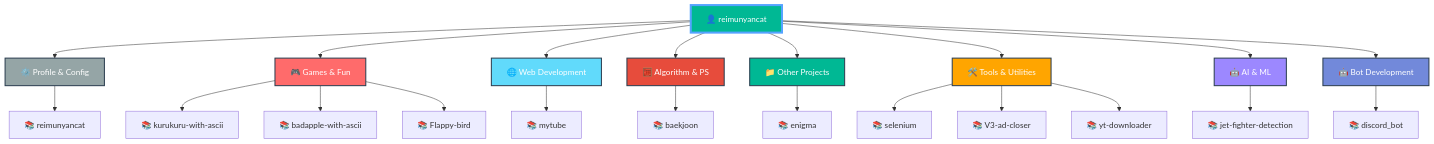
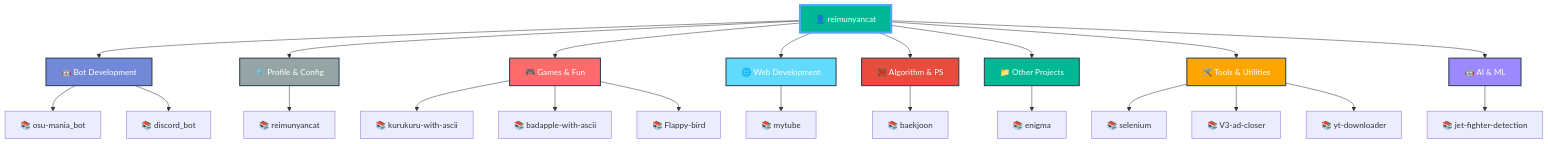
The diagram in README.md (reimunyancat/reimunyancat), drawn with Mermaid before and after one commit. The commit also changed other lines of this file, not shown here.

Commit message:
🤖 Auto-update README with latest repositories

````diff
--- a/README.md
+++ b/README.md
@@ -159,42 +159,43 @@
 ```mermaid
 graph TD
   A[👤 reimunyancat]
 
-  A --> CAT0[⚙️ Profile & Config]
-  CAT0 --> CAT0_0[📚 reimunyancat]
+  A --> CAT0[🤖 Bot Development]
+  CAT0 --> CAT0_0[📚 osu-mania_bot]
+  CAT0 --> CAT0_1[📚 discord_bot]
 
-  A --> CAT1[🎮 Games & Fun]
-  CAT1 --> CAT1_0[📚 kurukuru-with-ascii]
-  CAT1 --> CAT1_1[📚 badapple-with-ascii]
-  CAT1 --> CAT1_2[📚 Flappy-bird]
+  A --> CAT1[⚙️ Profile & Config]
+  CAT1 --> CAT1_0[📚 reimunyancat]
 
-  A --> CAT2[🌐 Web Development]
-  CAT2 --> CAT2_0[📚 mytube]
+  A --> CAT2[🎮 Games & Fun]
+  CAT2 --> CAT2_0[📚 kurukuru-with-ascii]
+  CAT2 --> CAT2_1[📚 badapple-with-ascii]
+  CAT2 --> CAT2_2[📚 Flappy-bird]
 
-  A --> CAT3[🧮 Algorithm & PS]
-  CAT3 --> CAT3_0[📚 baekjoon]
+  A --> CAT3[🌐 Web Development]
+  CAT3 --> CAT3_0[📚 mytube]
 
-  A --> CAT4[📁 Other Projects]
-  CAT4 --> CAT4_0[📚 enigma]
+  A --> CAT4[🧮 Algorithm & PS]
+  CAT4 --> CAT4_0[📚 baekjoon]
 
-  A --> CAT5[🛠️ Tools & Utilities]
-  CAT5 --> CAT5_0[📚 selenium]
-  CAT5 --> CAT5_1[📚 V3-ad-closer]
-  CAT5 --> CAT5_2[📚 yt-downloader]
+  A --> CAT5[📁 Other Projects]
+  CAT5 --> CAT5_0[📚 enigma]
 
-  A --> CAT6[🤖 AI & ML]
-  CAT6 --> CAT6_0[📚 jet-fighter-detection]
+  A --> CAT6[🛠️ Tools & Utilities]
+  CAT6 --> CAT6_0[📚 selenium]
+  CAT6 --> CAT6_1[📚 V3-ad-closer]
+  CAT6 --> CAT6_2[📚 yt-downloader]
 
-  A --> CAT7[🤖 Bot Development]
-  CAT7 --> CAT7_0[📚 discord_bot]
+  A --> CAT7[🤖 AI & ML]
+  CAT7 --> CAT7_0[📚 jet-fighter-detection]
 
   style A fill:#00b894,stroke:#55a3ff,stroke-width:4px,color:#fff
-  style CAT0 fill:#95a5a6,stroke:#2c3e50,stroke-width:2px,color:#fff
-  style CAT1 fill:#ff6b6b,stroke:#2c3e50,stroke-width:2px,color:#fff
-  style CAT2 fill:#61dafb,stroke:#2c3e50,stroke-width:2px,color:#fff
-  style CAT3 fill:#e74c3c,stroke:#2c3e50,stroke-width:2px,color:#fff
-  style CAT4 fill:#00b894,stroke:#2c3e50,stroke-width:2px,color:#fff
-  style CAT5 fill:#ffa500,stroke:#2c3e50,stroke-width:2px,color:#fff
-  style CAT6 fill:#9c88ff,stroke:#2c3e50,stroke-width:2px,color:#fff
-  style CAT7 fill:#7289da,stroke:#2c3e50,stroke-width:2px,color:#fff
+  style CAT0 fill:#7289da,stroke:#2c3e50,stroke-width:2px,color:#fff
+  style CAT1 fill:#95a5a6,stroke:#2c3e50,stroke-width:2px,color:#fff
+  style CAT2 fill:#ff6b6b,stroke:#2c3e50,stroke-width:2px,color:#fff
+  style CAT3 fill:#61dafb,stroke:#2c3e50,stroke-width:2px,color:#fff
+  style CAT4 fill:#e74c3c,stroke:#2c3e50,stroke-width:2px,color:#fff
+  style CAT5 fill:#00b894,stroke:#2c3e50,stroke-width:2px,color:#fff
+  style CAT6 fill:#ffa500,stroke:#2c3e50,stroke-width:2px,color:#fff
+  style CAT7 fill:#9c88ff,stroke:#2c3e50,stroke-width:2px,color:#fff
 ```
````
